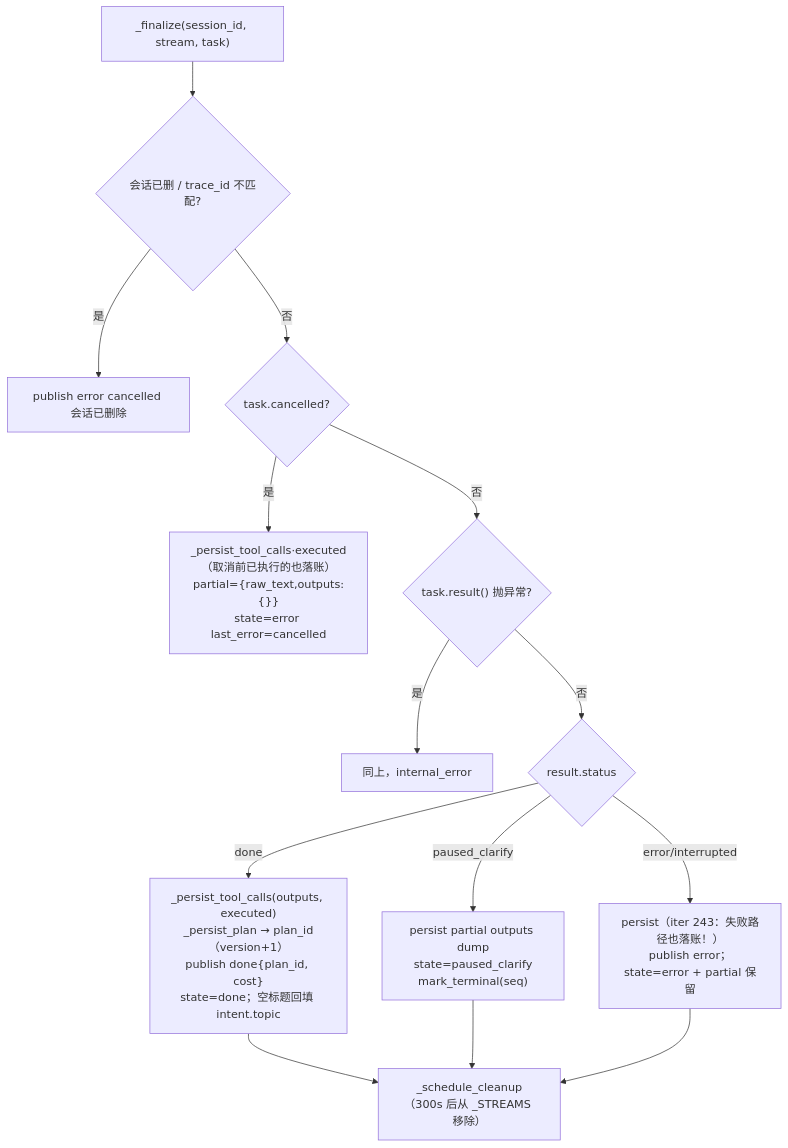
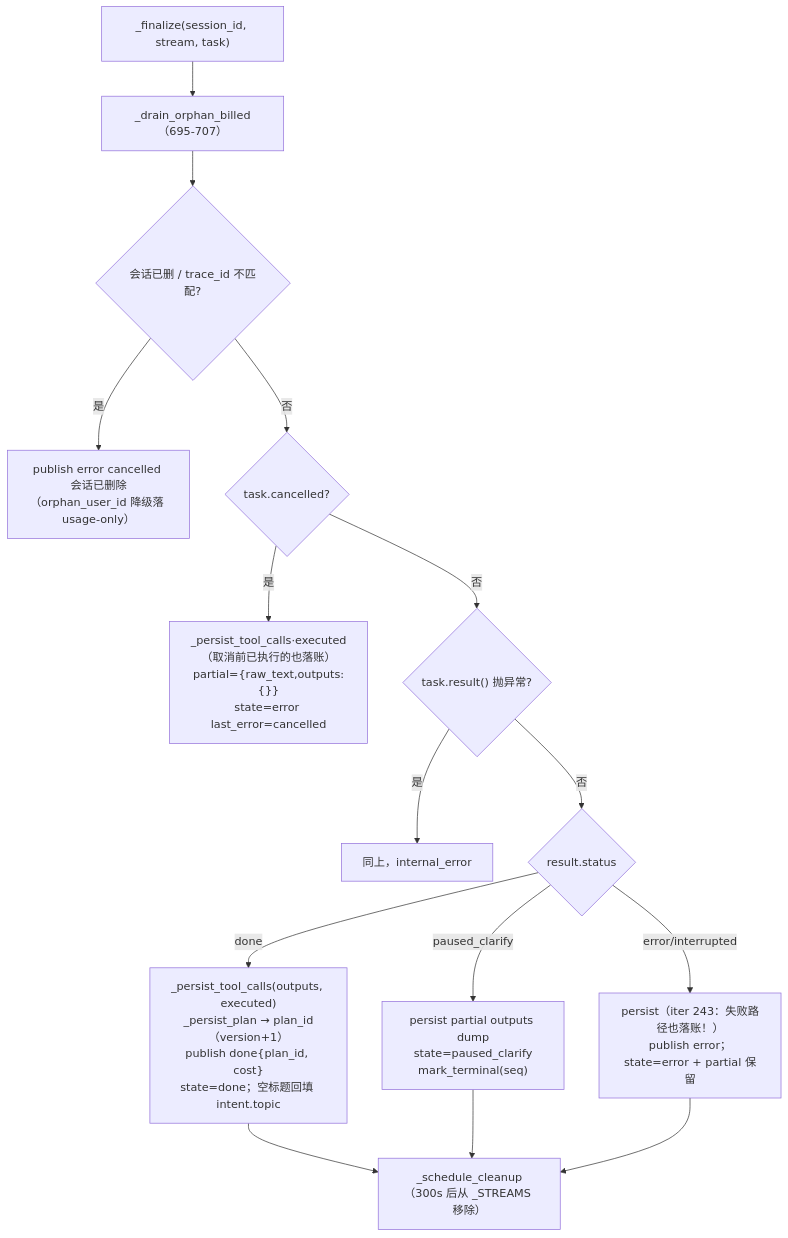
The fourth of 4 diagrams in note/03-生成流水线.md (hershate/Deep-tutor), drawn with Mermaid before and after one commit. The commit also changed other lines of this file and 5 other files, not shown here.

````diff
--- a/note/03-生成流水线.md
+++ b/note/03-生成流水线.md
@@ -207,14 +236,15 @@
 ```mermaid
 flowchart TD
-    F["_finalize(session_id, stream, task)"] --> V{会话已删 / trace_id 不匹配?}
-    V -->|是| E1[publish error cancelled 会话已删除]
+    F["_finalize(session_id, stream, task)"] --> O["_drain_orphan_billed（695-707）"]
+    O --> V{会话已删 / trace_id 不匹配?}
+    V -->|是| E1[publish error cancelled 会话已删除<br/>（orphan_user_id 降级落 usage-only）]
     V -->|否| C{task.cancelled?}
     C -->|是| P1["_persist_tool_calls·executed（取消前已执行的也落账）<br/>partial={raw_text,outputs:{}}<br/>state=error last_error=cancelled"]
     C -->|否| E{"task.result() 抛异常?"}
     E -->|是| P2[同上，internal_error]
     E -->|否| S{result.status}
     S -->|done| D["_persist_tool_calls(outputs, executed)<br/>_persist_plan → plan_id（version+1）<br/>publish done{plan_id, cost}<br/>state=done；空标题回填 intent.topic"]
     S -->|paused_clarify| PC["persist partial outputs dump<br/>state=paused_clarify<br/>mark_terminal(seq)"]
     S -->|error/interrupted| ER["persist（iter 243：失败路径也落账！）<br/>publish error；state=error + partial 保留"]
     D & PC & ER --> FIN["_schedule_cleanup（300s 后从 _STREAMS 移除）"]
 ```
````
